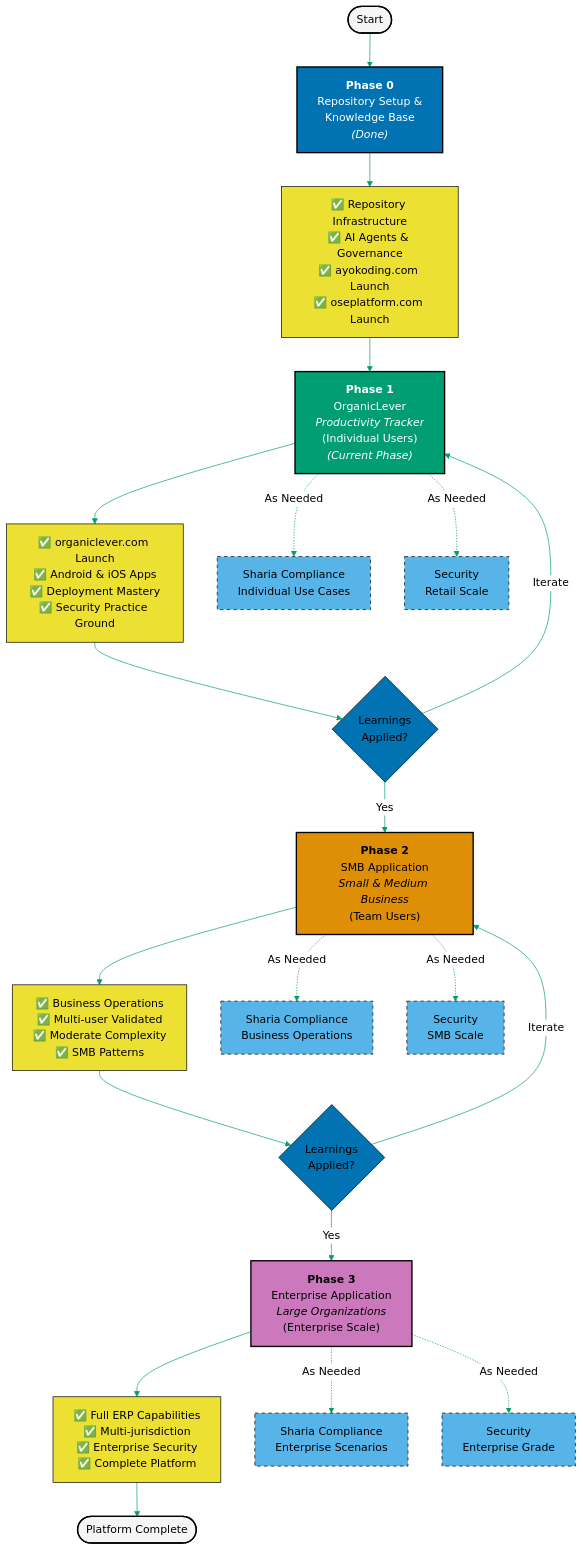
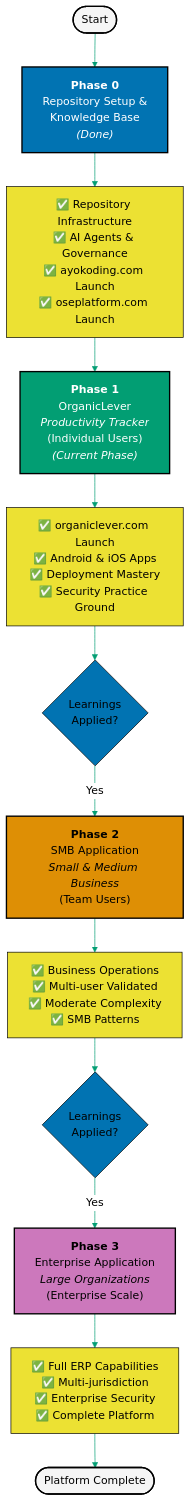
The diagram in ROADMAP.md (wahidyankf/open-sharia-enterprise), drawn with Mermaid before and after one commit. The commit also changed 5 other files, not shown here.

First line of the commit message:
fix(diagrams): fix pre-existing Mermaid violations exposed by rename

````diff
--- a/ROADMAP.md
+++ b/ROADMAP.md
@@ -5,48 +5,37 @@
 ```mermaid
 %%{init: {'theme':'base', 'themeVariables': { 'primaryColor':'#0173B2', 'primaryTextColor':'#000', 'primaryBorderColor':'#000', 'lineColor':'#029E73', 'secondaryColor':'#DE8F05', 'tertiaryColor':'#CC78BC', 'clusterBkg':'#f5f5f5', 'clusterBorder':'#000', 'edgeLabelBackground':'#fff'}}}%%
 graph TB
     Start([Start]) --> Phase0
 
     Phase0["<b>Phase 0</b><br/>Repository Setup &<br/>Knowledge Base<br/><i>(Done)</i>"]
     Phase0 --> P0Output["✅ Repository Infrastructure<br/>✅ AI Agents & Governance<br/>✅ ayokoding.com Launch<br/>✅ oseplatform.com Launch"]
     P0Output --> Phase1
 
     Phase1["<b>Phase 1</b><br/>OrganicLever<br/><i>Productivity Tracker</i><br/>(Individual Users)<br/><i>(Current Phase)</i>"]
     Phase1 --> P1Output["✅ organiclever.com Launch<br/>✅ Android & iOS Apps<br/>✅ Deployment Mastery<br/>✅ Security Practice Ground"]
     P1Output --> Decision1{Learnings<br/>Applied?}
-    Decision1 -->|Yes| Phase2
-    Decision1 -->|Iterate| Phase1
+    Decision1 -- Yes --> Phase2
 
     Phase2["<b>Phase 2</b><br/>SMB Application<br/><i>Small & Medium Business</i><br/>(Team Users)"]
     Phase2 --> P2Output["✅ Business Operations<br/>✅ Multi-user Validated<br/>✅ Moderate Complexity<br/>✅ SMB Patterns"]
     P2Output --> Decision2{Learnings<br/>Applied?}
-    Decision2 -->|Yes| Phase3
-    Decision2 -->|Iterate| Phase2
+    Decision2 -- Yes --> Phase3
 
     Phase3["<b>Phase 3</b><br/>Enterprise Application<br/><i>Large Organizations</i><br/>(Enterprise Scale)"]
     Phase3 --> P3Output["✅ Full ERP Capabilities<br/>✅ Multi-jurisdiction<br/>✅ Enterprise Security<br/>✅ Complete Platform"]
 
     P3Output --> End([Platform Complete])
-
-    Phase1 -.->|As Needed| Sharia1["Sharia Compliance<br/>Individual Use Cases"]
-    Phase1 -.->|As Needed| Security1["Security<br/>Retail Scale"]
-
-    Phase2 -.->|As Needed| Sharia2["Sharia Compliance<br/>Business Operations"]
-    Phase2 -.->|As Needed| Security2["Security<br/>SMB Scale"]
-
-    Phase3 -.->|As Needed| Sharia3["Sharia Compliance<br/>Enterprise Scenarios"]
-    Phase3 -.->|As Needed| Security3["Security<br/>Enterprise Grade"]
 
     style Phase0 fill:#0173B2,stroke:#000,stroke-width:2px,color:#fff
     style Phase1 fill:#029E73,stroke:#000,stroke-width:2px,color:#fff
     style Phase2 fill:#DE8F05,stroke:#000,stroke-width:2px,color:#000
     style Phase3 fill:#CC78BC,stroke:#000,stroke-width:2px,color:#000
     style Start fill:#f5f5f5,stroke:#000,stroke-width:2px
     style End fill:#f5f5f5,stroke:#000,stroke-width:2px
 
     classDef outputStyle fill:#ECE133,stroke:#000,stroke-width:1px,color:#000
     class P0Output,P1Output,P2Output,P3Output outputStyle
 
     classDef asNeededStyle fill:#56B4E9,stroke:#000,stroke-width:1px,stroke-dasharray: 5 5,color:#000
     class Sharia1,Sharia2,Sharia3,Security1,Security2,Security3 asNeededStyle
 ```
````
